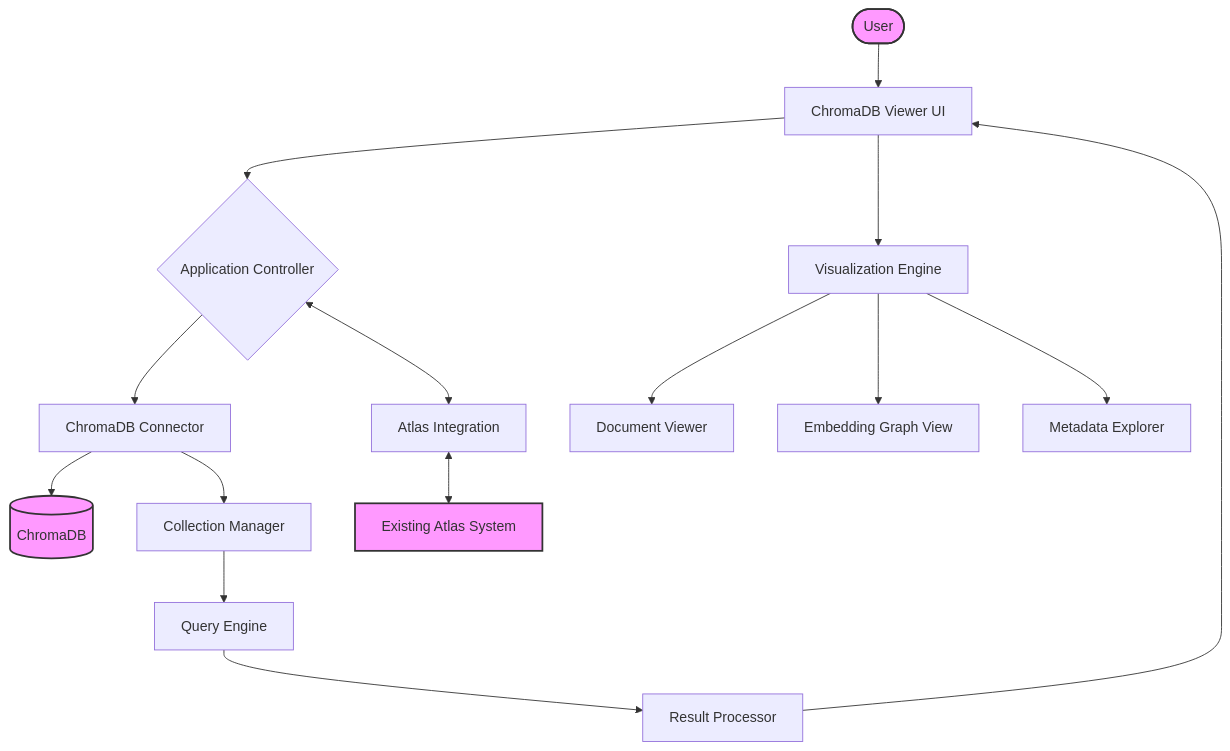
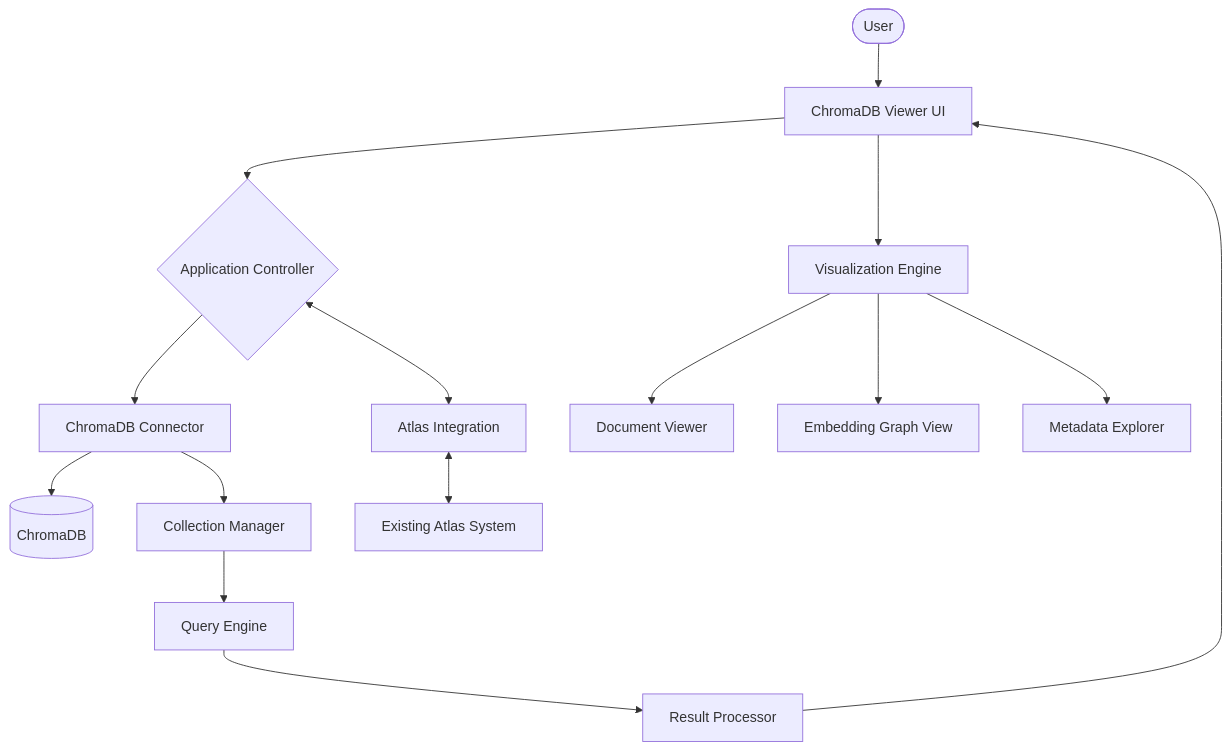
Before and after one commit to inherent-design/atlas: the first of 5 diagrams in docs/CHROMADB_VIEWER.md, drawn with Mermaid. The commit also changed other lines of this file and 9 other files, not shown here.

````diff
--- a/docs/CHROMADB_VIEWER.md
+++ b/docs/CHROMADB_VIEWER.md
@@ -7,27 +7,27 @@
 ```mermaid
 graph TD
     %% Main Components
     User([User]) --> UI[ChromaDB Viewer UI]
     UI --> AppController{Application Controller}
     AppController --> DBConnector[ChromaDB Connector]
     DBConnector --> ChromaDB[(ChromaDB)]
-    
+
     %% Data Processing Components
     DBConnector --> CollectionManager[Collection Manager]
     CollectionManager --> QueryEngine[Query Engine]
     QueryEngine --> ResultProcessor[Result Processor]
     ResultProcessor --> UI
-    
+
     %% Visualization Components
     UI --> VisualizationEngine[Visualization Engine]
     VisualizationEngine --> DocumentViewer[Document Viewer]
     VisualizationEngine --> GraphView[Embedding Graph View]
     VisualizationEngine --> MetadataView[Metadata Explorer]
-    
+
     %% System Integrations
     AppController <--> AtlasIntegration[Atlas Integration]
     AtlasIntegration <--> ExistingSystem[Existing Atlas System]
-    
-    class User,ChromaDB,ExistingSystem emphasis
-    classDef emphasis fill:#f9f,stroke:#333,stroke-width:2px
+
+    %% Style is centralized in theme/custom.css
+    class User,ChromaDB,ExistingSystem primary
 ```
````
